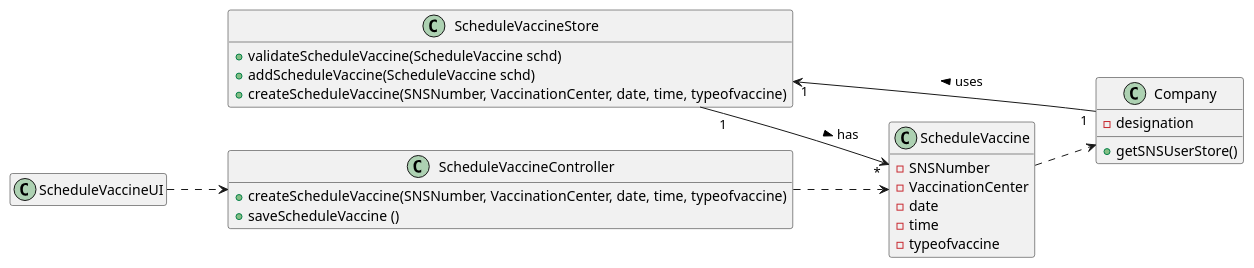
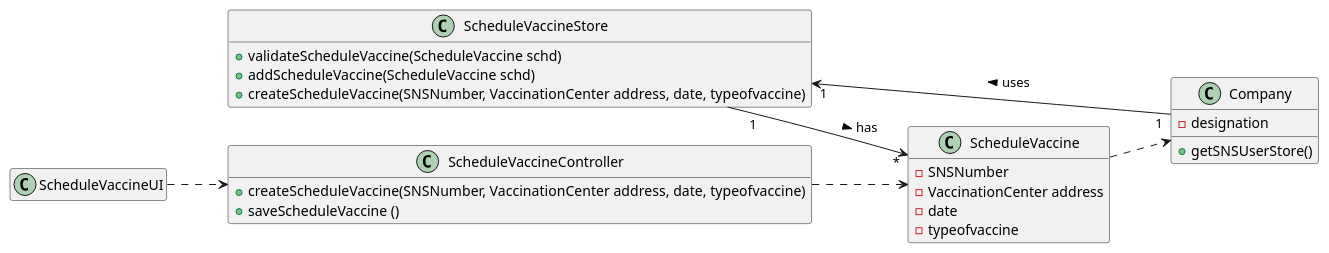
Before and after one commit to PedroMesquita1211171/VaccinationManager: the diagram in docs/SprintC/US/US2/US002_CD.puml, drawn with PlantUML. The commit also changed 6 other files, not shown here.

```diff
--- a/docs/SprintC/US/US2/US002_CD.puml
+++ b/docs/SprintC/US/US2/US002_CD.puml
@@ -1,41 +1,40 @@
 @startuml
 'https://plantuml.com/class-diagram
 
 hide empty members
 left to right direction
 
 class ScheduleVaccineStore {
 
 + validateScheduleVaccine(ScheduleVaccine schd)
 + addScheduleVaccine(ScheduleVaccine schd)
-+ createScheduleVaccine(SNSNumber, VaccinationCenter, date, time, typeofvaccine)
++ createScheduleVaccine(SNSNumber, VaccinationCenter address, date, typeofvaccine)
 }
 
 class ScheduleVaccineUI{
 }
 
 class ScheduleVaccineController{
-+ createScheduleVaccine(SNSNumber, VaccinationCenter, date, time, typeofvaccine)
++ createScheduleVaccine(SNSNumber, VaccinationCenter address, date, typeofvaccine)
 + saveScheduleVaccine ()
 }
 
 class ScheduleVaccine{
 -SNSNumber
--VaccinationCenter
+-VaccinationCenter address
 -date
--time
 -typeofvaccine
 }
 
 class Company {
 - designation
 + getSNSUserStore()
 }
 
 ScheduleVaccineUI ..> ScheduleVaccineController
 ScheduleVaccineController ..> ScheduleVaccine
 ScheduleVaccine ..> Company
 Company "1" --> "1" ScheduleVaccineStore: uses >
 ScheduleVaccineStore "1" --> "*" ScheduleVaccine: has >
 
 @enduml
```
